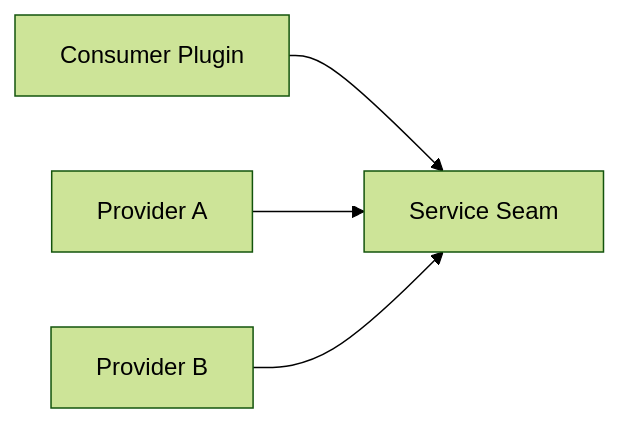
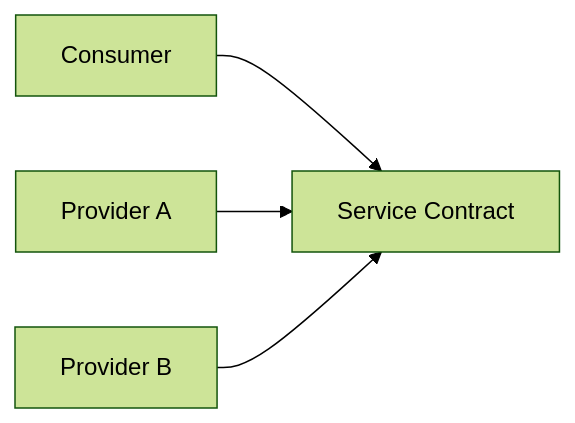
One commit to indigofeather/harness-book changed the second of 4 diagrams in docs/deepseek/architecture.md. Above: the diagram before and after it, drawn with Mermaid (forest theme). The commit also changed other lines of this file and 48 other files, not shown here.

````diff
--- a/docs/deepseek/architecture.md
+++ b/docs/deepseek/architecture.md
@@ -60,6 +62,6 @@
 ```mermaid
 flowchart LR
-  C[Consumer Plugin] --> S[Service Seam]
+  C[Consumer] --> S[Service Contract]
   P1[Provider A] --> S
   P2[Provider B] --> S
 ```
````
